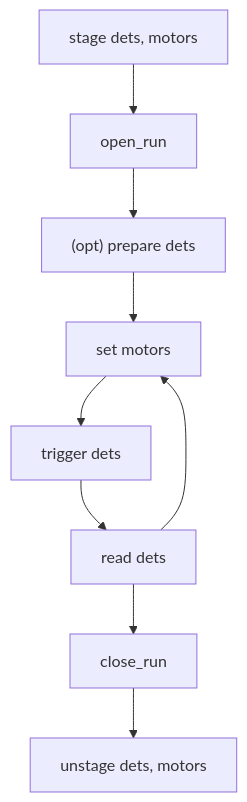
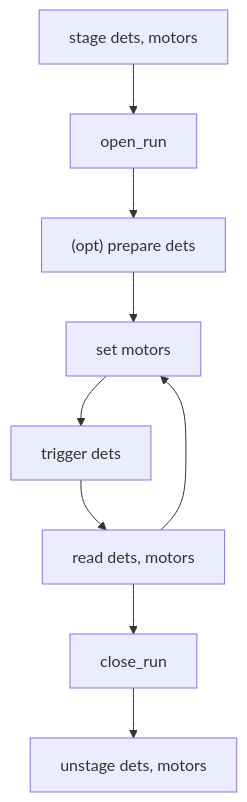
The first of 3 diagrams in docs/explanations/plan-stubs.md (bluesky/ophyd-async), drawn with Mermaid before and after one commit. The commit also changed other lines of this file, not shown here.

````diff
--- a/docs/explanations/plan-stubs.md
+++ b/docs/explanations/plan-stubs.md
@@ -79,14 +90,14 @@
 ```{mermaid}
 :config: { "theme": "neutral" }
 :align: center
 flowchart TD
     stage["stage dets, motors"] --> open_run
     open_run --> prepare["(opt) prepare dets"]
     prepare --> set["set motors"]
     set --> trigger["trigger dets"]
-    trigger --> read["read dets"]
+    trigger --> read["read dets, motors"]
     read --> set
     read --> close_run
     close_run --> unstage["unstage dets, motors"]
 
 ```
````
